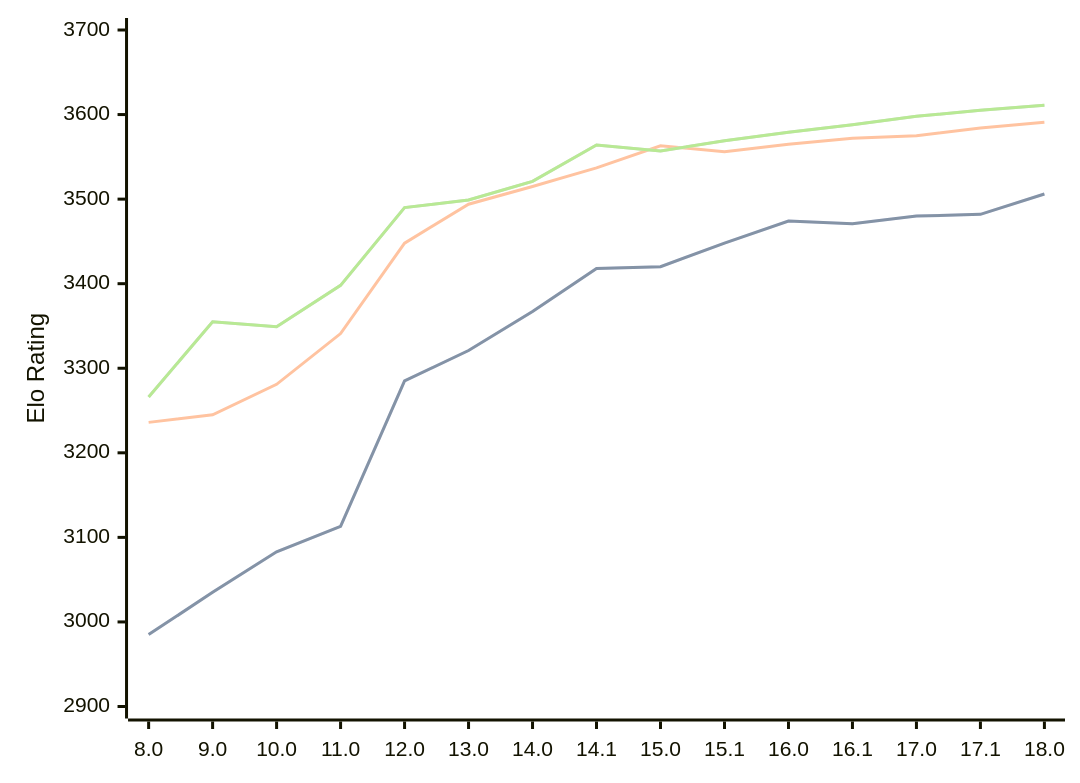
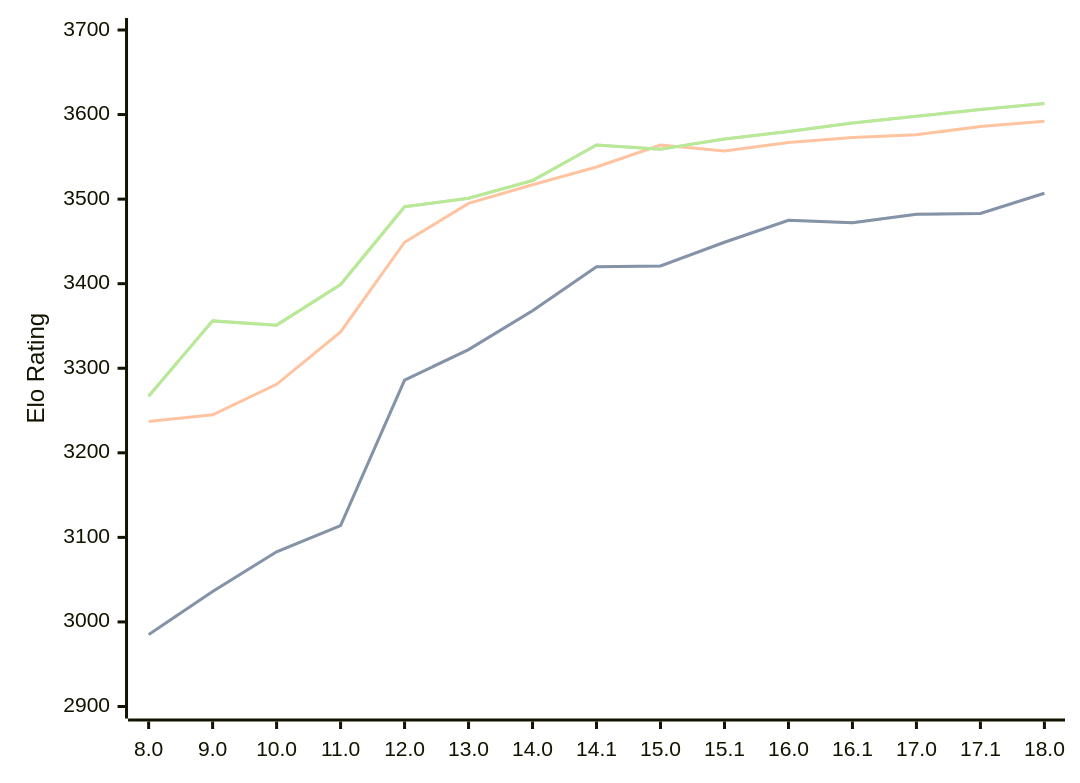
One commit to computer-chess-index/cci changed the diagram in engines/Stockfish.md. Above: the diagram before and after it, drawn with Mermaid. The commit also changed other lines of this file, not shown here.

Commit message:
Update CCI Ratings (ELO VLTC) - 2026-08-26

````diff
--- a/engines/Stockfish.md
+++ b/engines/Stockfish.md
@@ -45,11 +45,11 @@
 ```mermaid
 %%{init: {"theme":"base","themeVariables":{"seriesColors:['#a3a3a3','#222221','#faa371']}}}%%
 xychart-beta
   x-axis ["8.0", "9.0", "10.0", "11.0", "12.0", "13.0", "14.0", "14.1", "15.0", "15.1", "16.0", "16.1", "17.0", "17.1", "18.0"]
   y-axis "Elo Rating" 2900 --> 3700
-  line "STC (8.0+0.08s)" [2985, 3035, 3083, 3113, 3285, 3321, 3367, 3418, 3420, 3448, 3474, 3471, 3480, 3482, 3506]
-  line "STC (8.0+0.08s)" [2985, 3035, 3083, 3113, 3285, 3321, 3367, 3418, 3420, 3448, 3474, 3471, 3480, 3482, 3506]
-  line "LTC (60.0+0.60s)" [3236, 3245, 3281, 3341, 3448, 3494, 3515, 3537, 3563, 3556, 3565, 3572, 3575, 3584, 3591]
-  line "VLTC (2m24s+1.12s)" [3266, 3355, 3349, 3398, 3490, 3499, 3521, 3564, 3557, 3569, 3579, 3588, 3598, 3605, 3611]
-  line "VLTC (2m24s+1.12s)" [3266, 3355, 3349, 3398, 3490, 3499, 3521, 3564, 3557, 3569, 3579, 3588, 3598, 3605, 3611]
+  line "STC (8.0+0.08s)" [2985, 3036, 3083, 3114, 3286, 3322, 3368, 3420, 3421, 3449, 3475, 3472, 3482, 3483, 3507]
+  line "STC (8.0+0.08s)" [2985, 3036, 3083, 3114, 3286, 3322, 3368, 3420, 3421, 3449, 3475, 3472, 3482, 3483, 3507]
+  line "LTC (60.0+0.60s)" [3237, 3245, 3281, 3343, 3449, 3495, 3517, 3538, 3564, 3557, 3567, 3573, 3576, 3586, 3592]
+  line "VLTC (2m24s+1.12s)" [3267, 3356, 3351, 3399, 3491, 3501, 3522, 3564, 3559, 3571, 3580, 3590, 3598, 3606, 3613]
+  line "VLTC (2m24s+1.12s)" [3267, 3356, 3351, 3399, 3491, 3501, 3522, 3564, 3559, 3571, 3580, 3590, 3598, 3606, 3613]
 ```
````
